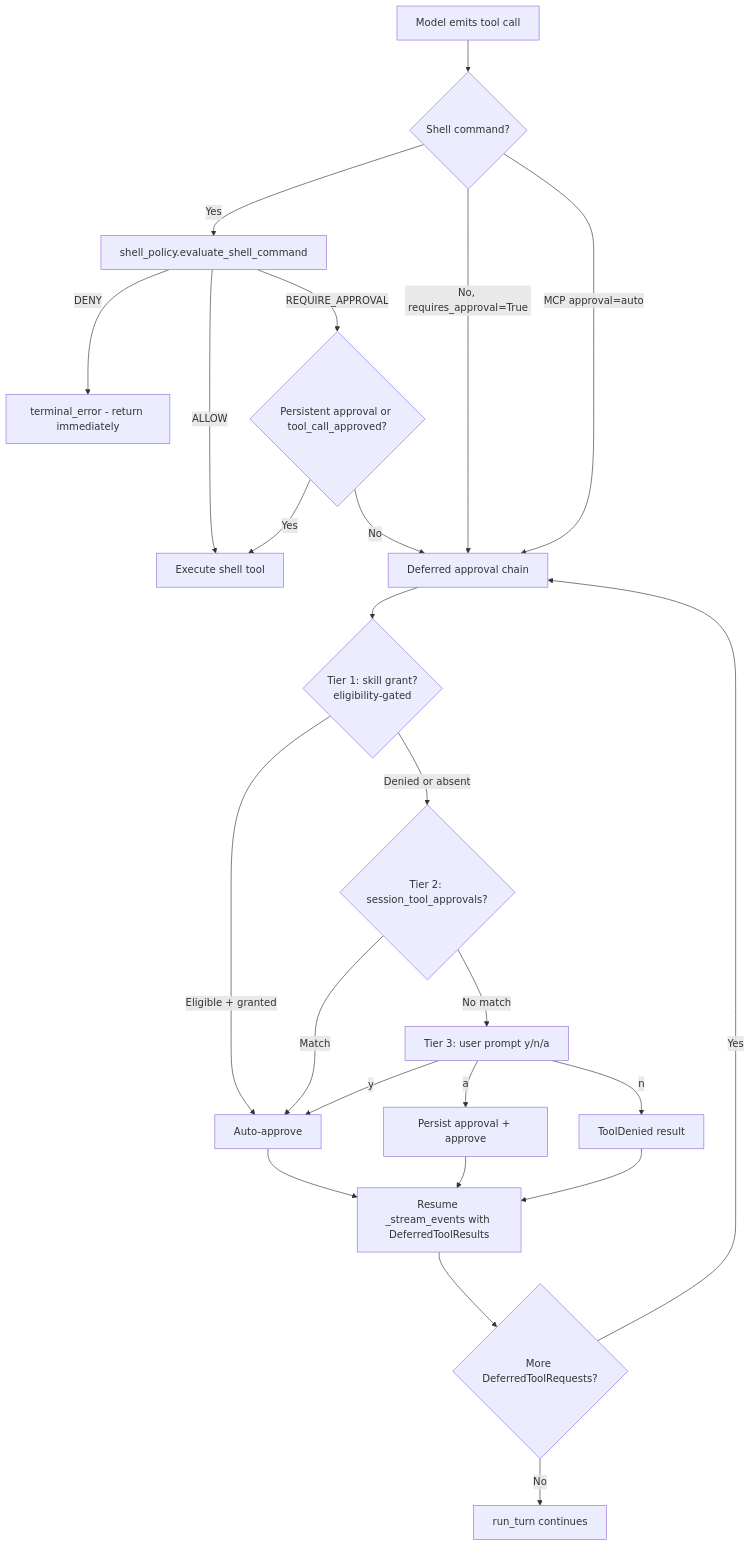
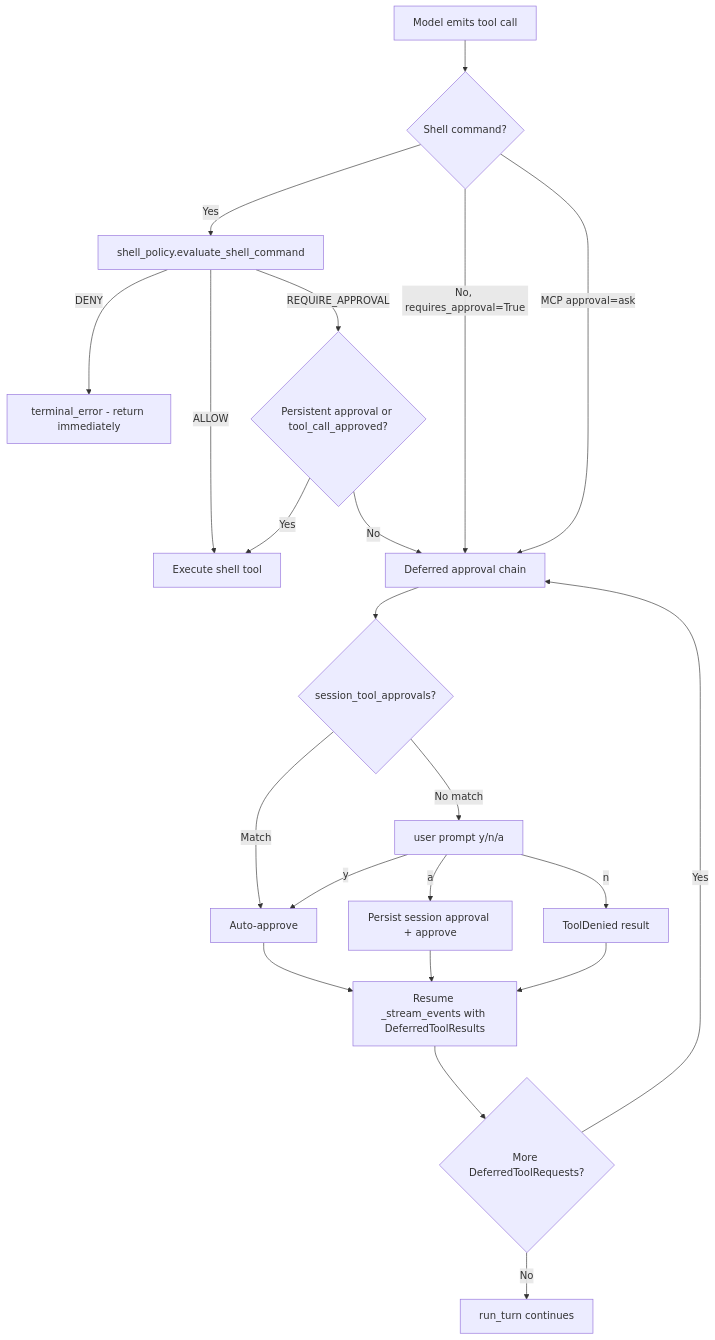
The third of 3 diagrams in docs/DESIGN-core-loop.md (binlecode/co-cli), drawn with Mermaid before and after one commit. The commit also changed other lines of this file and 68 other files, not shown here.

````diff
--- a/docs/DESIGN-core-loop.md
+++ b/docs/DESIGN-core-loop.md
@@ -142,26 +156,24 @@
 ```mermaid
 flowchart TD
     A[Model emits tool call] --> B{Shell command?}
     B -->|Yes| C[shell_policy.evaluate_shell_command]
     C -->|DENY| D[terminal_error - return immediately]
     C -->|ALLOW| E[Execute shell tool]
     C -->|REQUIRE_APPROVAL| P{Persistent approval or tool_call_approved?}
     P -->|Yes| E
     P -->|No| F[Deferred approval chain]
     B -->|No, requires_approval=True| F
-    B -->|MCP approval=auto| F
-    F --> G{Tier 1: skill grant?<br/>eligibility-gated}
-    G -->|Eligible + granted| H[Auto-approve]
-    G -->|Denied or absent| I{Tier 2: session_tool_approvals?}
-    I -->|Match| H
-    I -->|No match| L[Tier 3: user prompt y/n/a]
+    B -->|MCP approval=ask| F
+    F --> I{session_tool_approvals?}
+    I -->|Match| H[Auto-approve]
+    I -->|No match| L[user prompt y/n/a]
     L -->|y| H
-    L -->|a| M[Persist approval + approve]
+    L -->|a| M[Persist session approval + approve]
     L -->|n| N[ToolDenied result]
     H --> O[Resume _stream_events with DeferredToolResults]
     M --> O
     N --> O
     O --> Q{More DeferredToolRequests?}
     Q -->|Yes| F
     Q -->|No| R[run_turn continues]
 ```
````
